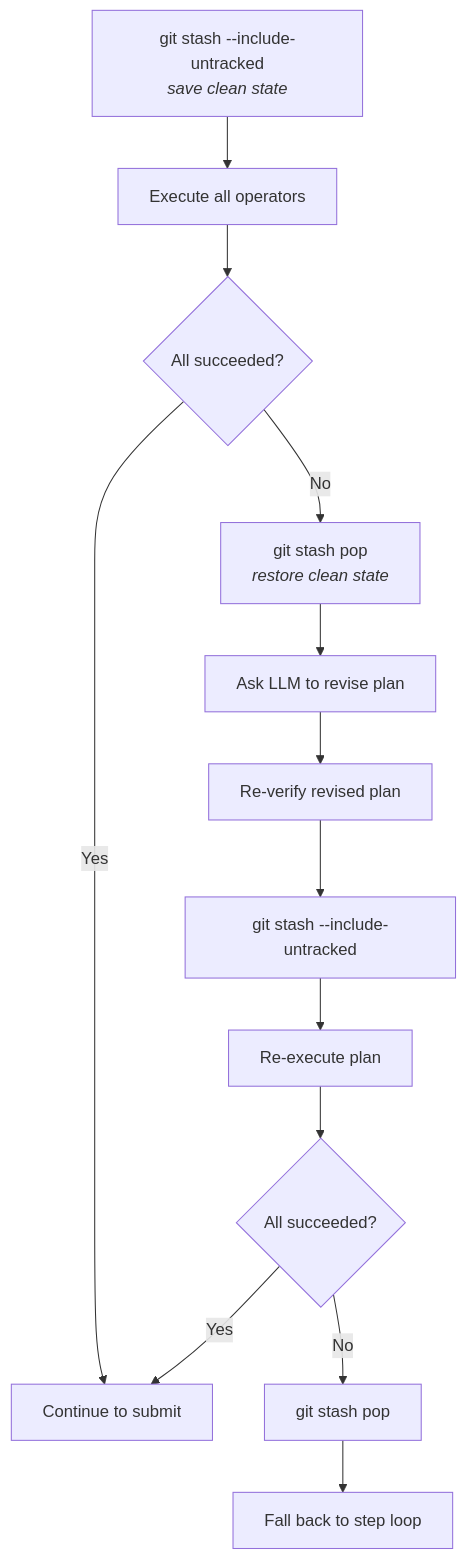
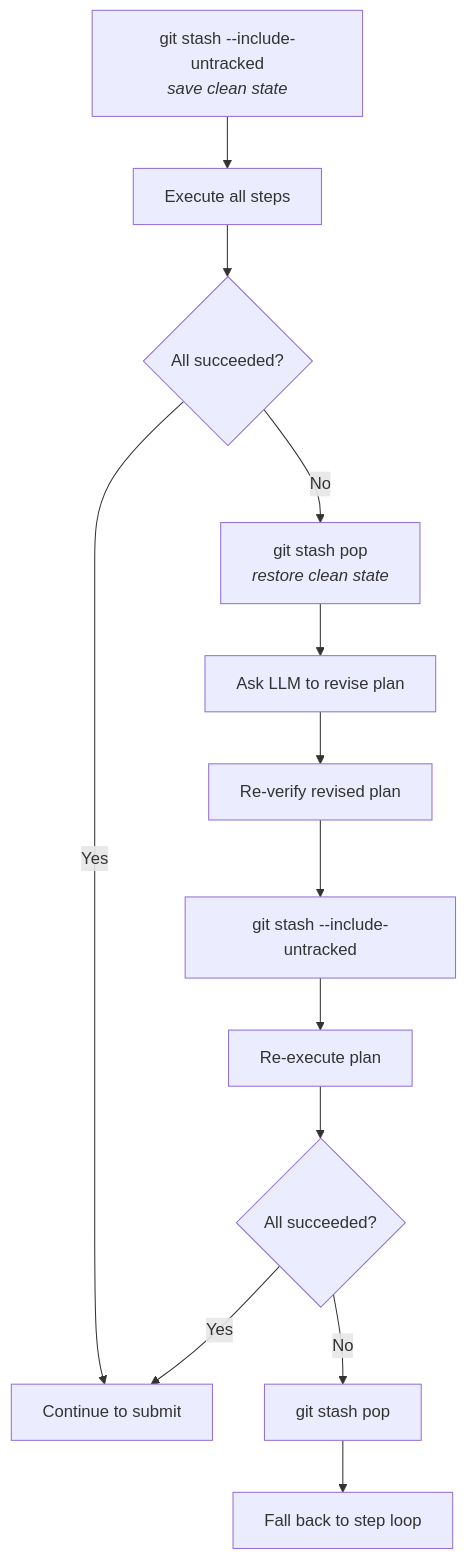
Diagram 13 of 15 in _bmad-output/research/graphplan-architecture.md (toreleon/graph-transform-agent), drawn with Mermaid before and after one commit. The commit also changed other lines of this file and 4 other files, not shown here.

First line of the commit message:
Feat(GraphPlan): Implement AST-node transformation primitives with locator system

````diff
--- a/_bmad-output/research/graphplan-architecture.md
+++ b/_bmad-output/research/graphplan-architecture.md
@@ -1246,15 +1371,15 @@
 ```mermaid
 flowchart TD
-    Stash["git stash --include-untracked<br/><i>save clean state</i>"] --> Execute[Execute all operators]
+    Stash["git stash --include-untracked<br/><i>save clean state</i>"] --> Execute[Execute all steps]
     Execute --> Check{All succeeded?}
     Check -->|Yes| SubmitPhase[Continue to submit]
     Check -->|No| Pop["git stash pop<br/><i>restore clean state</i>"]
     Pop --> Revise[Ask LLM to revise plan]
     Revise --> ReVerify[Re-verify revised plan]
     ReVerify --> Stash2["git stash --include-untracked"]
     Stash2 --> ReExec[Re-execute plan]
     ReExec --> Check2{All succeeded?}
     Check2 -->|Yes| SubmitPhase
     Check2 -->|No| Pop2["git stash pop"]
     Pop2 --> FallbackLoop[Fall back to step loop]
 ```
````
